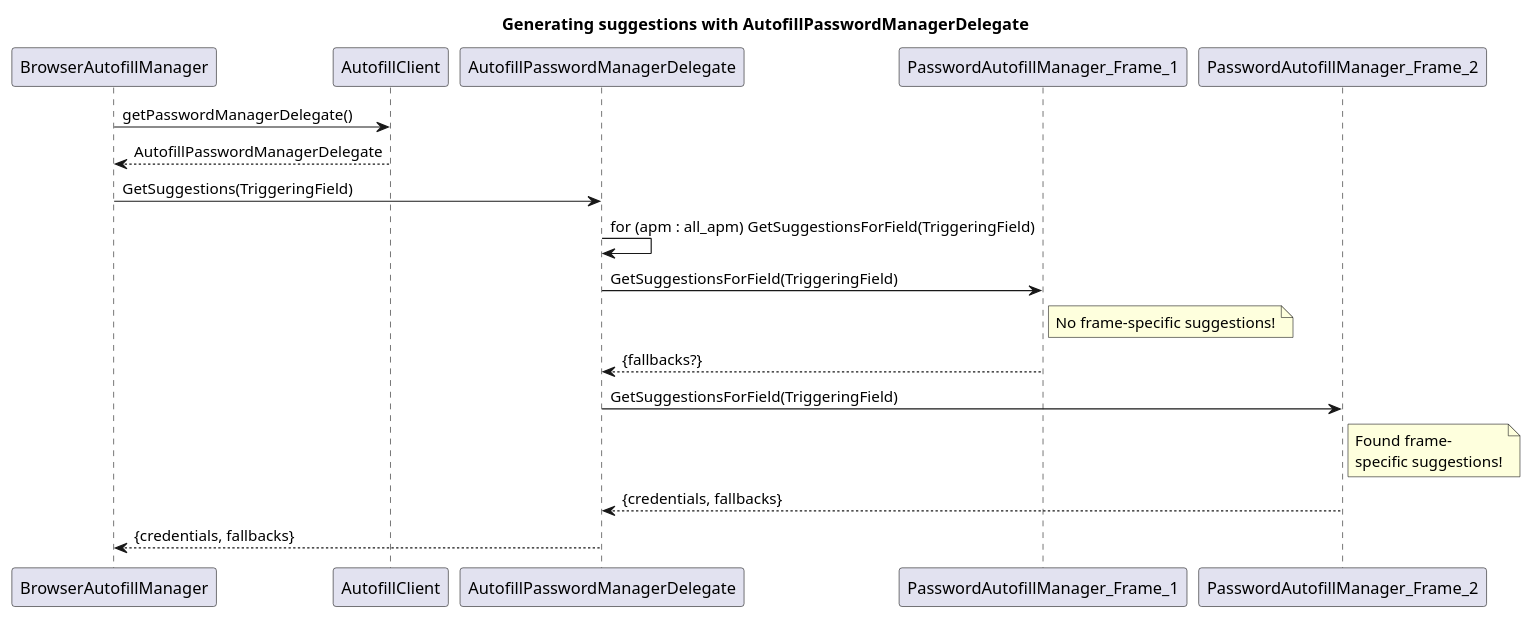
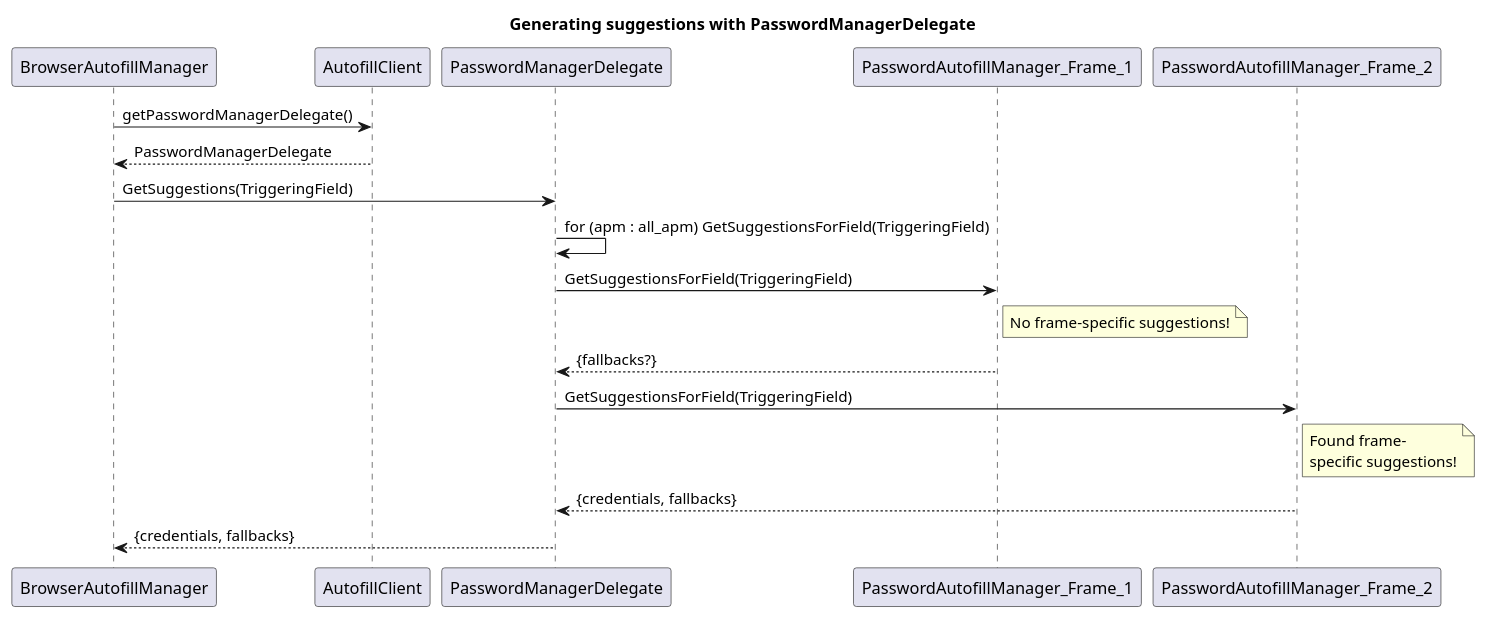
The diagram in components/autofill/core/browser/integrators/README_seq_generate.plantuml (benji-cannot-code/fast-vc-chromium-benchmark-run-4), drawn with PlantUML before and after one commit. The commit also changed 15 other files, not shown here.

First line of the commit message:
[Autofill] Drop Autofill from AutofillPasswordManagerDelegate

```diff
--- a/components/autofill/core/browser/integrators/README_seq_generate.plantuml
+++ b/components/autofill/core/browser/integrators/README_seq_generate.plantuml
@@ -17,21 +17,21 @@
 @startuml
-Title: Generating suggestions with AutofillPasswordManagerDelegate
+Title: Generating suggestions with PasswordManagerDelegate
 
 participant BrowserAutofillManager as bam
 participant AutofillClient as afc
-participant AutofillPasswordManagerDelegate as apmd
+participant PasswordManagerDelegate as apmd
 participant PasswordAutofillManager_Frame_1 as pam1
 participant PasswordAutofillManager_Frame_2 as pam2
 
 bam -> afc:  getPasswordManagerDelegate()
-afc --> bam:  AutofillPasswordManagerDelegate
+afc --> bam:  PasswordManagerDelegate
 bam -> apmd:  GetSuggestions(TriggeringField)
 apmd -> apmd: for (apm : all_apm) GetSuggestionsForField(TriggeringField)
 apmd -> pam1: GetSuggestionsForField(TriggeringField)
 note right of pam1: No frame-specific suggestions!
 pam1 --> apmd: {fallbacks?}
 apmd -> pam2: GetSuggestionsForField(TriggeringField)
 note right of pam2: Found frame-\nspecific suggestions!
 pam2 --> apmd: {credentials, fallbacks}
 apmd --> bam: {credentials, fallbacks}
 @enduml
```
